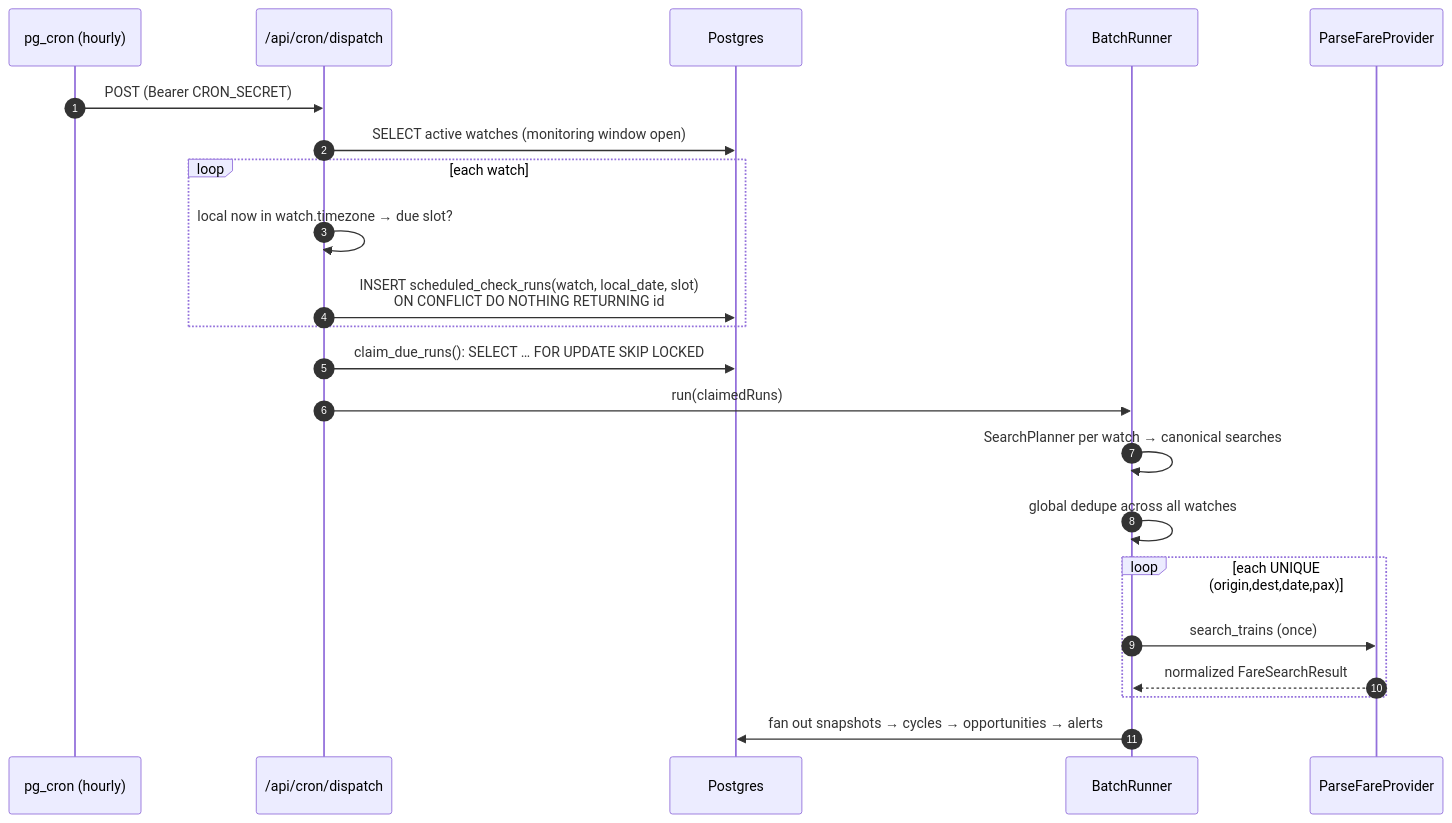
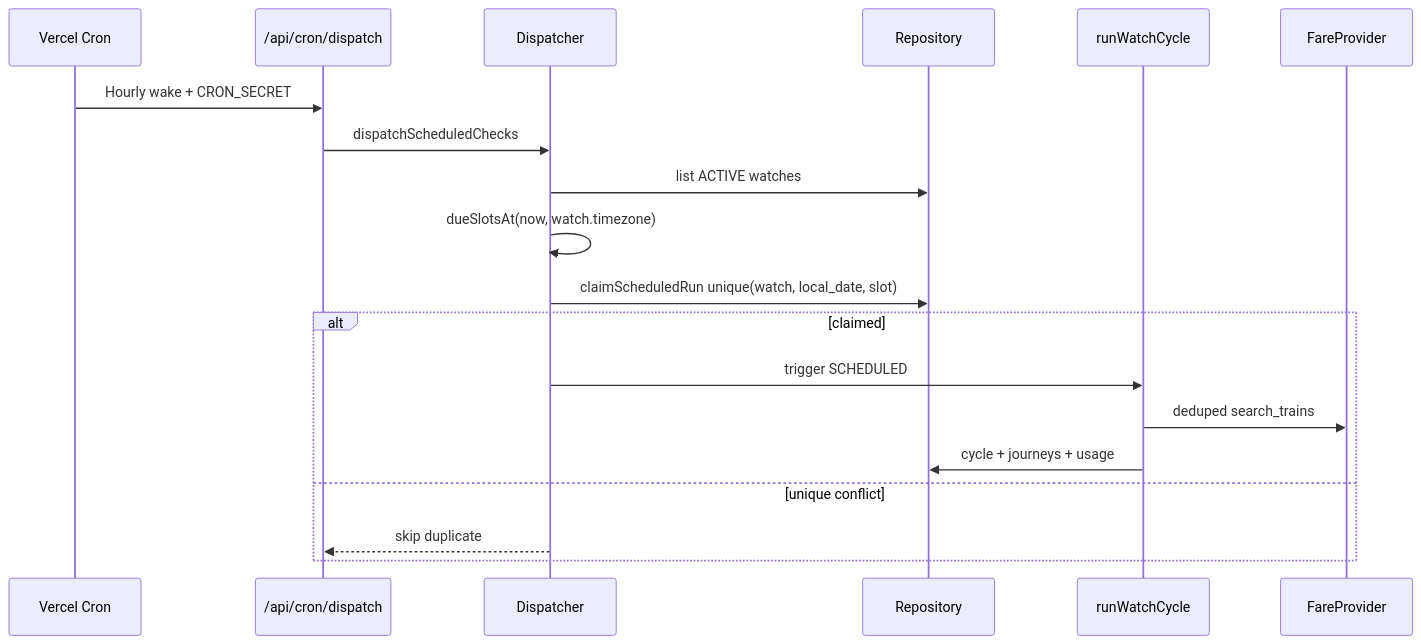
The third of 4 diagrams in docs/ARCHITECTURE.md (johnjayasankar-afk/RailDrop3), drawn with Mermaid before and after one commit. The commit also changed other lines of this file and 334 other files, not shown here.

````diff
--- a/docs/ARCHITECTURE.md
+++ b/docs/ARCHITECTURE.md
@@ -99,25 +61,21 @@
 ```mermaid
 sequenceDiagram
-    autonumber
-    participant Cron as pg_cron (hourly)
-    participant Disp as /api/cron/dispatch
-    participant DB as Postgres
-    participant Batch as BatchRunner
-    participant P as ParseFareProvider
-
-    Cron->>Disp: POST (Bearer CRON_SECRET)
-    Disp->>DB: SELECT active watches (monitoring window open)
-    loop each watch
-        Disp->>Disp: local now in watch.timezone → due slot?
-        Disp->>DB: INSERT scheduled_check_runs(watch, local_date, slot)<br/>ON CONFLICT DO NOTHING RETURNING id
-    end
-    Disp->>DB: claim_due_runs(): SELECT … FOR UPDATE SKIP LOCKED
-    Disp->>Batch: run(claimedRuns)
-    Batch->>Batch: SearchPlanner per watch → canonical searches
-    Batch->>Batch: global dedupe across all watches
-    loop each UNIQUE (origin,dest,date,pax)
-        Batch->>P: search_trains (once)
-        P-->>Batch: normalized FareSearchResult
-    end
-    Batch->>DB: fan out snapshots → cycles → opportunities → alerts
+  participant Cron as Vercel Cron
+  participant API as /api/cron/dispatch
+  participant Disp as Dispatcher
+  participant Repo as Repository
+  participant Orch as runWatchCycle
+  participant Parse as FareProvider
+  Cron->>API: Hourly wake + CRON_SECRET
+  API->>Disp: dispatchScheduledChecks
+  Disp->>Repo: list ACTIVE watches
+  Disp->>Disp: dueSlotsAt(now, watch.timezone)
+  Disp->>Repo: claimScheduledRun unique(watch, local_date, slot)
+  alt claimed
+    Disp->>Orch: trigger SCHEDULED
+    Orch->>Parse: deduped search_trains
+    Orch->>Repo: cycle + journeys + usage
+  else unique conflict
+    Disp-->>API: skip duplicate
+  end
 ```
````
